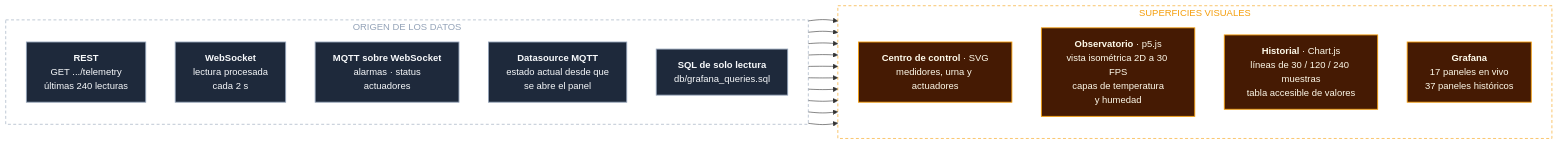
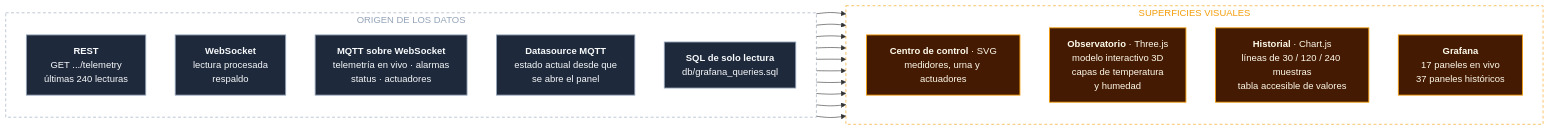
Before and after one commit to ricardious/AYC2_G3: the sixth of 7 diagrams in Proyecto_1_SmartEgg/README.md, drawn with Mermaid. The commit also changed other lines of this file and 2 other files, not shown here.

Commit message:
docs: align architecture and video guide with live Three.js view

````diff
--- a/Proyecto_1_SmartEgg/README.md
+++ b/Proyecto_1_SmartEgg/README.md
@@ -423,39 +427,39 @@
 ```mermaid
 flowchart LR
     subgraph ORIGEN["ORIGEN DE LOS DATOS"]
         direction TB
         REST["<b>REST</b><br/>GET .../telemetry<br/>últimas 240 lecturas"]
-        WSK["<b>WebSocket</b><br/>lectura procesada<br/>cada 2 s"]
-        MQW["<b>MQTT sobre WebSocket</b><br/>alarmas · status<br/>actuadores"]
+        WSK["<b>WebSocket</b><br/>lectura procesada<br/>respaldo"]
+        MQW["<b>MQTT sobre WebSocket</b><br/>telemetría en vivo · alarmas<br/>status · actuadores"]
         MQT["<b>Datasource MQTT</b><br/>estado actual desde que<br/>se abre el panel"]
         SQL["<b>SQL de solo lectura</b><br/>db/grafana_queries.sql"]
     end
 
     subgraph VISTAS["SUPERFICIES VISUALES"]
         direction TB
         CTRL["<b>Centro de control</b> · SVG<br/>medidores, urna y actuadores"]
-        OBS["<b>Observatorio</b> · p5.js<br/>vista isométrica 2D a 30 FPS<br/>capas de temperatura<br/>y humedad"]
+        OBS["<b>Observatorio</b> · Three.js<br/>modelo interactivo 3D<br/>capas de temperatura<br/>y humedad"]
         HIS["<b>Historial</b> · Chart.js<br/>líneas de 30 / 120 / 240 muestras<br/>tabla accesible de valores"]
         GFR["<b>Grafana</b><br/>17 paneles en vivo<br/>37 paneles históricos"]
     end
 
     REST --> HIS
     REST --> OBS
     REST --> CTRL
     WSK --> CTRL
     WSK --> OBS
     WSK --> HIS
     MQW --> CTRL
     MQW --> OBS
     MQT --> GFR
     SQL --> GFR
 
     classDef origen fill:#1e293b,stroke:#94a3b8,color:#f8fafc,stroke-width:1.5px
     classDef vista fill:#451a03,stroke:#f59e0b,color:#fffbeb,stroke-width:1.5px
 
     class REST,WSK,MQW,MQT,SQL origen
     class CTRL,OBS,HIS,GFR vista
 
     style ORIGEN fill:none,stroke:#94a3b8,stroke-dasharray:5 4,color:#94a3b8
     style VISTAS fill:none,stroke:#f59e0b,stroke-dasharray:5 4,color:#f59e0b
 ```
````
